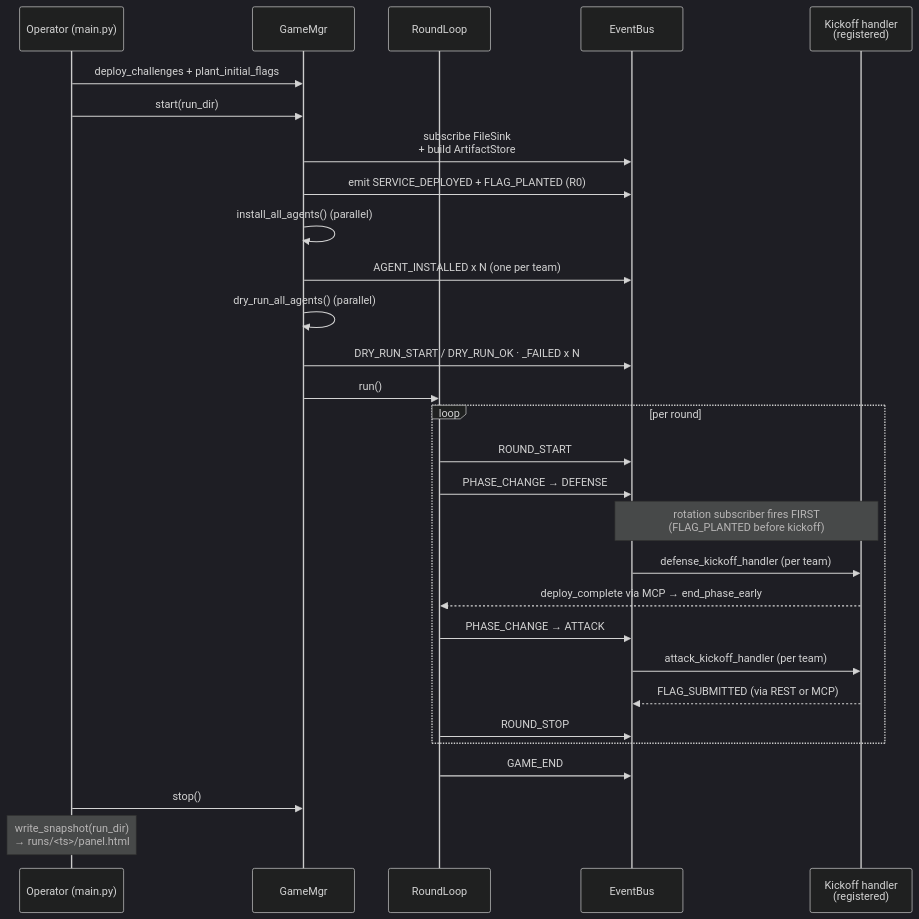
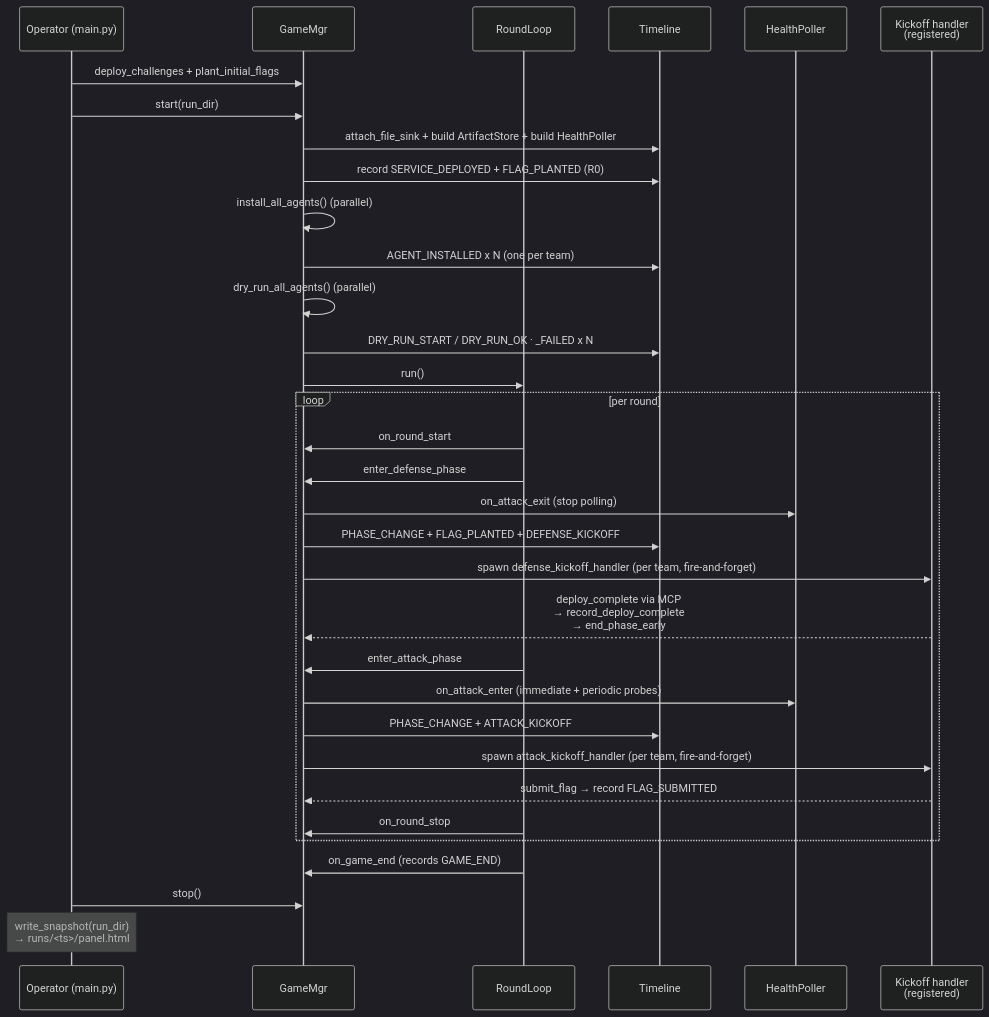
One commit to YueyangPan/CyberArenaOrchestration changed the third of 3 diagrams in docs/UML/game_manager.md. Above: the diagram before and after it, drawn with Mermaid (dark theme). The commit also changed other lines of this file and 45 other files, not shown here.

First line of the commit message:
refactor(facilities): extract Timeline / FlagServer / HealthPoller from GameMgr

````diff
--- a/docs/UML/game_manager.md
+++ b/docs/UML/game_manager.md
@@ -167,34 +185,38 @@
 ```mermaid
 sequenceDiagram
   participant Op as Operator (main.py)
   participant G as GameMgr
   participant RL as RoundLoop
-  participant Bus as EventBus
+  participant TL as Timeline
+  participant HP as HealthPoller
   participant H as Kickoff handler<br/>(registered)
 
   Op->>G: deploy_challenges + plant_initial_flags
   Op->>G: start(run_dir)
-  G->>Bus: subscribe FileSink<br/>+ build ArtifactStore
-  G->>Bus: emit SERVICE_DEPLOYED + FLAG_PLANTED (R0)
+  G->>TL: attach_file_sink + build ArtifactStore + build HealthPoller
+  G->>TL: record SERVICE_DEPLOYED + FLAG_PLANTED (R0)
   G->>G: install_all_agents() (parallel)
-  G->>Bus: AGENT_INSTALLED x N (one per team)
+  G->>TL: AGENT_INSTALLED x N (one per team)
   G->>G: dry_run_all_agents() (parallel)
-  G->>Bus: DRY_RUN_START / DRY_RUN_OK · _FAILED x N
+  G->>TL: DRY_RUN_START / DRY_RUN_OK · _FAILED x N
   G->>RL: run()
 
   loop per round
-    RL->>Bus: ROUND_START
-    RL->>Bus: PHASE_CHANGE → DEFENSE
-    Note over Bus,H: rotation subscriber fires FIRST<br/>(FLAG_PLANTED before kickoff)
-    Bus->>H: defense_kickoff_handler (per team)
-    H-->>RL: deploy_complete via MCP → end_phase_early
-    RL->>Bus: PHASE_CHANGE → ATTACK
-    Bus->>H: attack_kickoff_handler (per team)
-    H-->>Bus: FLAG_SUBMITTED (via REST or MCP)
-    RL->>Bus: ROUND_STOP
+    RL->>G: on_round_start
+    RL->>G: enter_defense_phase
+    G->>HP: on_attack_exit (stop polling)
+    G->>TL: PHASE_CHANGE + FLAG_PLANTED + DEFENSE_KICKOFF
+    G->>H: spawn defense_kickoff_handler (per team, fire-and-forget)
+    H-->>G: deploy_complete via MCP<br/>→ record_deploy_complete<br/>→ end_phase_early
+    RL->>G: enter_attack_phase
+    G->>HP: on_attack_enter (immediate + periodic probes)
+    G->>TL: PHASE_CHANGE + ATTACK_KICKOFF
+    G->>H: spawn attack_kickoff_handler (per team, fire-and-forget)
+    H-->>G: submit_flag → record FLAG_SUBMITTED
+    RL->>G: on_round_stop
   end
 
-  RL->>Bus: GAME_END
+  RL->>G: on_game_end (records GAME_END)
   Op->>G: stop()
   Note over Op: write_snapshot(run_dir)<br/>→ runs/<ts>/panel.html
 ```
````
